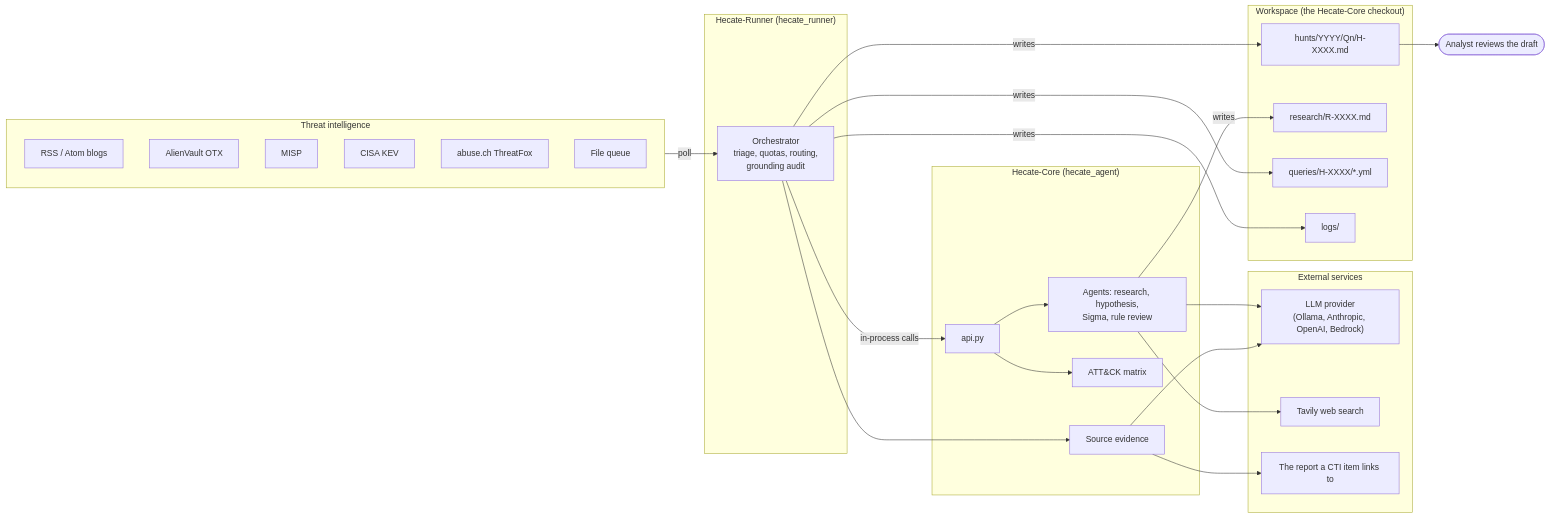
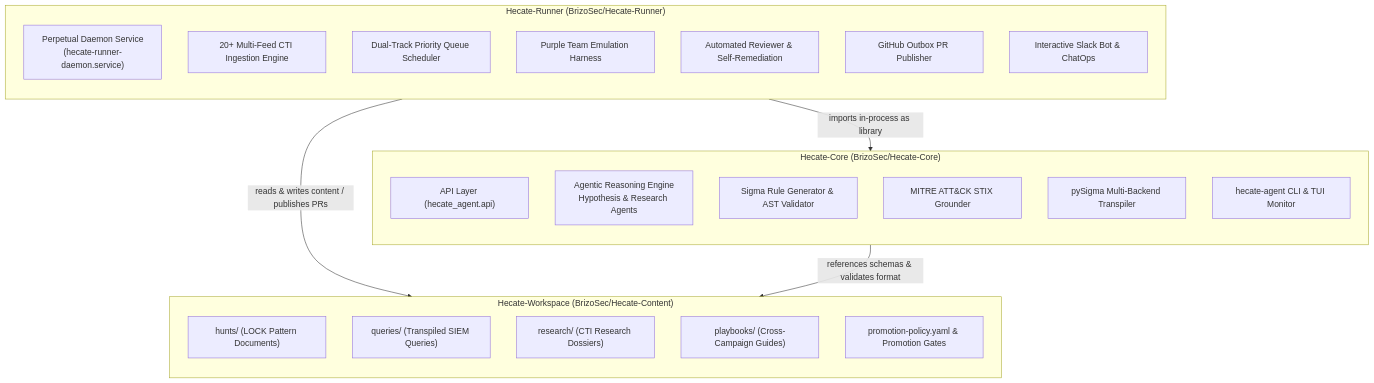
One commit to BrizoSec/Hecate-Runner changed the first of 3 diagrams in docs/ARCHITECTURE.md. Above: the diagram before and after it, drawn with Mermaid. The commit also changed other lines of this file and 4 other files, not shown here.

Commit message:
docs: modernize README and add comprehensive Architecture, Features, Challenges, and How-To guides

````diff
--- a/docs/ARCHITECTURE.md
+++ b/docs/ARCHITECTURE.md
@@ -37,50 +19,36 @@
 ```mermaid
-flowchart LR
-    subgraph feeds["Threat intelligence"]
-        RSS["RSS / Atom blogs"]
-        OTX["AlienVault OTX"]
-        MISP["MISP"]
-        KEV["CISA KEV"]
-        TFX["abuse.ch ThreatFox"]
-        FILE["File queue"]
+flowchart TD
+    subgraph Repo1["Hecate-Core (BrizoSec/Hecate-Core)"]
+        direction TB
+        C_API["API Layer (hecate_agent.api)"]
+        C_AGENTS["Agentic Reasoning Engine<br/>Hypothesis & Research Agents"]
+        C_SIGMA["Sigma Rule Generator & AST Validator"]
+        C_ATTACK["MITRE ATT&CK STIX Grounder"]
+        C_TRANSPILER["pySigma Multi-Backend Transpiler"]
+        C_CLI["hecate-agent CLI & TUI Monitor"]
     end
 
-    subgraph runner["Hecate-Runner (hecate_runner)"]
-        ORCH["Orchestrator<br/>triage, quotas, routing,<br/>grounding audit"]
+    subgraph Repo2["Hecate-Runner (BrizoSec/Hecate-Runner)"]
+        direction TB
+        R_DAEMON["Perpetual Daemon Service<br/>(hecate-runner-daemon.service)"]
+        R_CTI["20+ Multi-Feed CTI Ingestion Engine"]
+        R_QUEUE["Dual-Track Priority Queue Scheduler"]
+        R_PURPLE["Purple Team Emulation Harness"]
+        R_REVIEW["Automated Reviewer & Self-Remediation"]
+        R_PUB["GitHub Outbox PR Publisher"]
+        R_SLACK["Interactive Slack Bot & ChatOps"]
     end
 
-    subgraph core["Hecate-Core (hecate_agent)"]
-        API["api.py"]
-        AGENTS["Agents: research, hypothesis,<br/>Sigma, rule review"]
-        ATTACK["ATT&CK matrix"]
-        SRC["Source evidence"]
+    subgraph Repo3["Hecate-Workspace (BrizoSec/Hecate-Content)"]
+        direction TB
+        W_HUNTS["hunts/ (LOCK Pattern Documents)"]
+        W_QUERIES["queries/ (Transpiled SIEM Queries)"]
+        W_RESEARCH["research/ (CTI Research Dossiers)"]
+        W_PLAYBOOKS["playbooks/ (Cross-Campaign Guides)"]
+        W_POLICY["promotion-policy.yaml & Promotion Gates"]
     end
 
-    subgraph external["External services"]
-        LLM["LLM provider<br/>(Ollama, Anthropic, OpenAI, Bedrock)"]
-        WEB["Tavily web search"]
-        REPORT["The report a CTI item links to"]
-    end
-
-    subgraph ws["Workspace (the Hecate-Core checkout)"]
-        HUNTS["hunts/YYYY/Qn/H-XXXX.md"]
-        RESEARCH["research/R-XXXX.md"]
-        QUERIES["queries/H-XXXX/*.yml"]
-        LOGS["logs/"]
-    end
-
-    feeds -- "poll" --> ORCH
-    ORCH -- "in-process calls" --> API
-    API --> AGENTS
-    API --> ATTACK
-    ORCH --> SRC
-    AGENTS --> LLM
-    AGENTS --> WEB
-    SRC --> REPORT
-    SRC --> LLM
-    ORCH -- "writes" --> HUNTS
-    AGENTS -- "writes" --> RESEARCH
-    ORCH -- "writes" --> QUERIES
-    ORCH -- "writes" --> LOGS
-    HUNTS --> HUMAN(["Analyst reviews the draft"])
+    Repo2 -- "imports in-process as library" --> Repo1
+    Repo2 -- "reads & writes content / publishes PRs" --> Repo3
+    Repo1 -- "references schemas & validates format" --> Repo3
 ```
````
